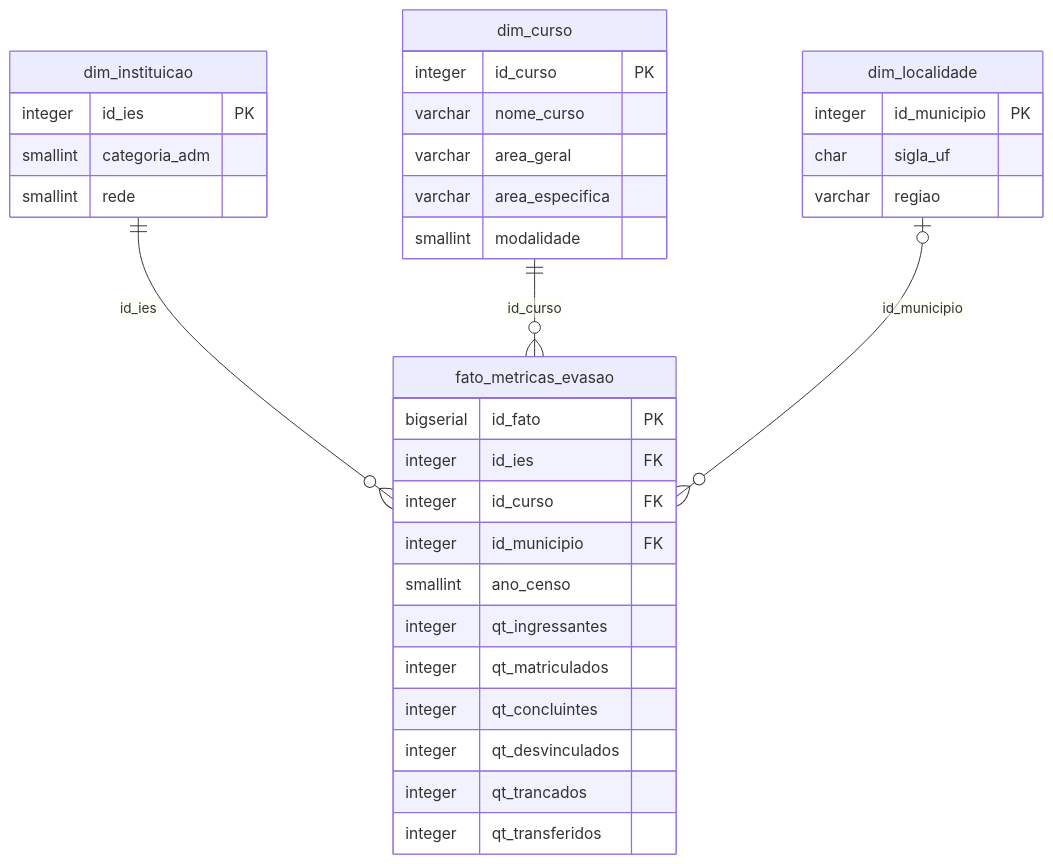
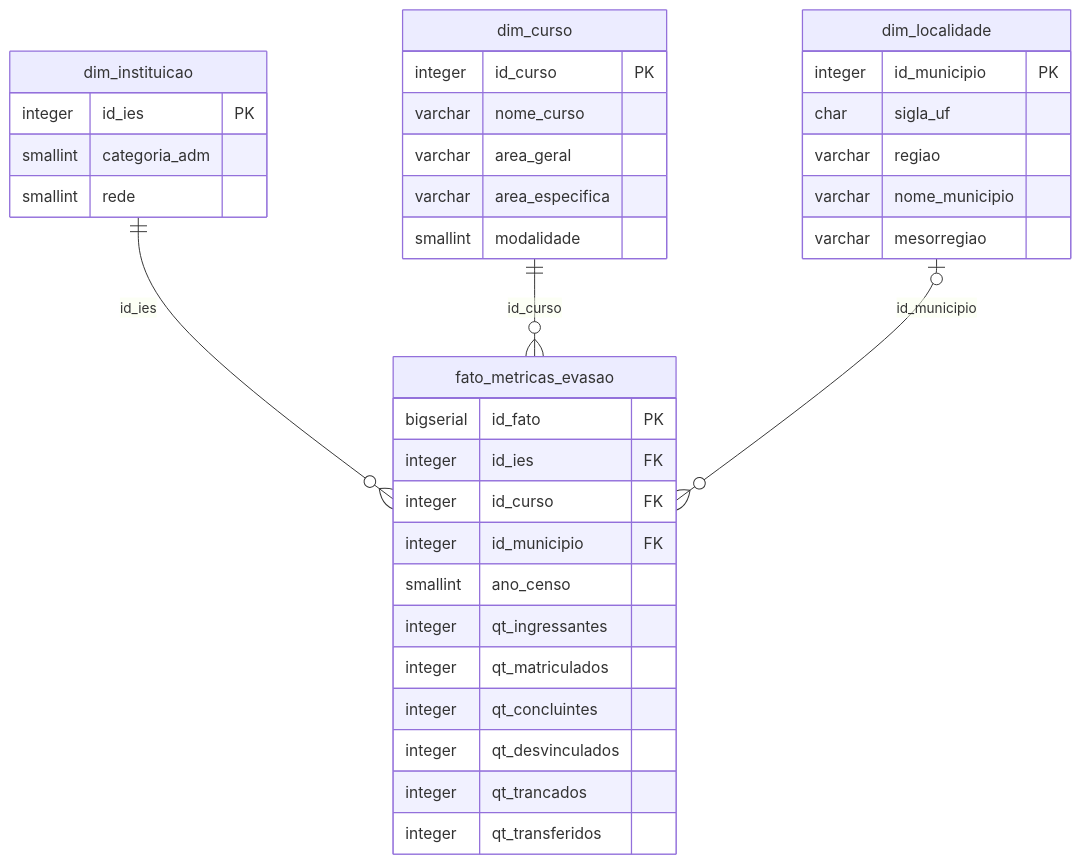
One commit to ViniciusSousaaa/observatorio-evasao-stem changed the second of 2 diagrams in README.md. Above: the diagram before and after it, drawn with Mermaid. The commit also changed other lines of this file and 18 other files, not shown here.

````diff
--- a/README.md
+++ b/README.md
@@ -68,37 +113,39 @@
 ```mermaid
 erDiagram
     dim_instituicao ||--o{ fato_metricas_evasao : id_ies
     dim_curso ||--o{ fato_metricas_evasao : id_curso
     dim_localidade |o--o{ fato_metricas_evasao : id_municipio
 
     dim_instituicao {
         integer id_ies PK
         smallint categoria_adm
         smallint rede
     }
     dim_curso {
         integer id_curso PK
         varchar nome_curso
         varchar area_geral
         varchar area_especifica
         smallint modalidade
     }
     dim_localidade {
         integer id_municipio PK
         char sigla_uf
         varchar regiao
+        varchar nome_municipio
+        varchar mesorregiao
     }
     fato_metricas_evasao {
         bigserial id_fato PK
         integer id_ies FK
         integer id_curso FK
         integer id_municipio FK
         smallint ano_censo
         integer qt_ingressantes
         integer qt_matriculados
         integer qt_concluintes
         integer qt_desvinculados
         integer qt_trancados
         integer qt_transferidos
     }
 ```
````
